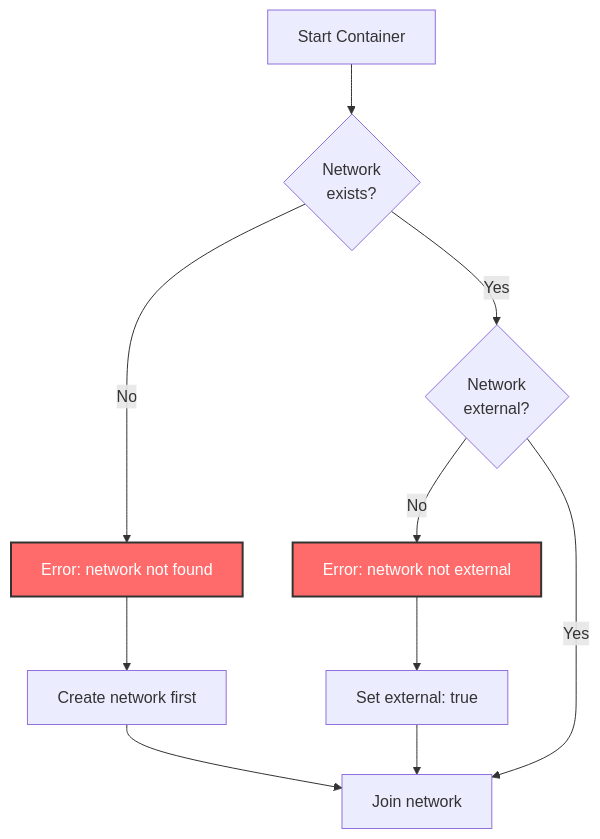
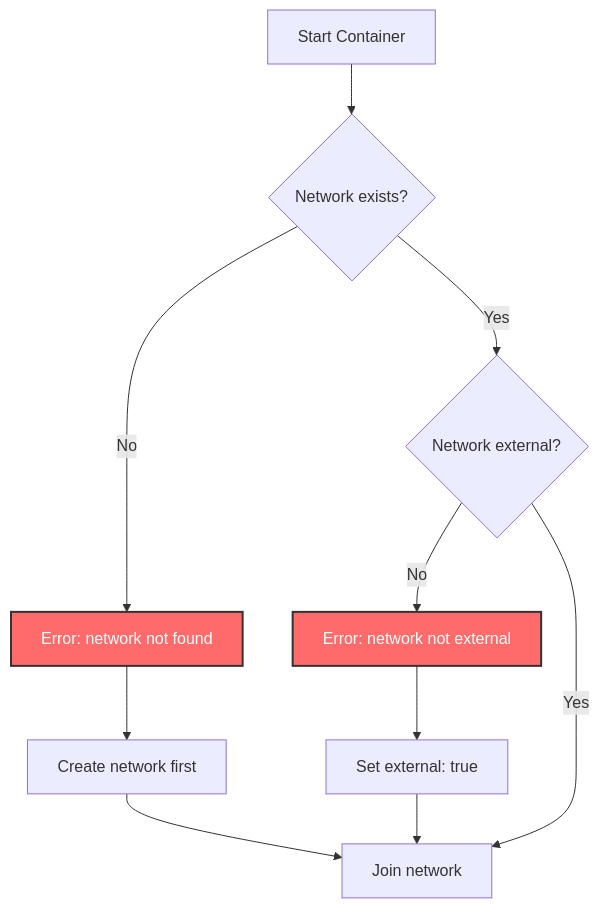
Before and after one commit to softwarewrighter/dev-proxy: the seventh of 8 diagrams in wiki/Troubleshooting.md, drawn with Mermaid. The commit also changed other lines of this file and 6 other files, not shown here.

First line of the commit message:
Fix wiki Mermaid diagrams: remove <br/> tags

````diff
--- a/wiki/Troubleshooting.md
+++ b/wiki/Troubleshooting.md
@@ -459,19 +459,19 @@
 ```mermaid
 graph TB
-    Start[Start Container] --> CheckNet{Network<br/>exists?}
+    Start[Start Container] --> CheckNet{Network exists?}
 
     CheckNet -->|No| Error1[Error: network not found]
-    CheckNet -->|Yes| CheckExternal{Network<br/>external?}
+    CheckNet -->|Yes| CheckExternal{Network external?}
 
     CheckExternal -->|No| Error2[Error: network not external]
     CheckExternal -->|Yes| Join[Join network]
 
     Error1 --> Create[Create network first]
     Error2 --> Fix[Set external: true]
 
     Create --> Join
     Fix --> Join
 
     style Error1 fill:#ff6b6b,stroke:#333,stroke-width:2px,color:#fff
     style Error2 fill:#ff6b6b,stroke:#333,stroke-width:2px,color:#fff
 ```
````
